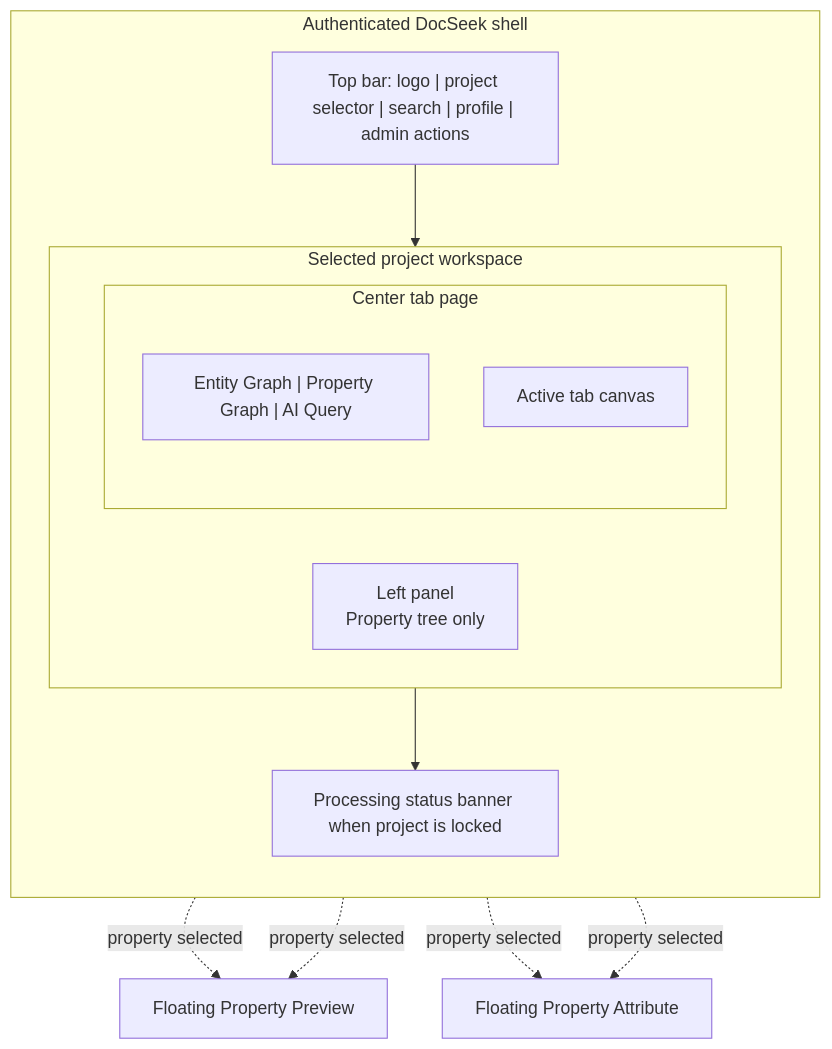
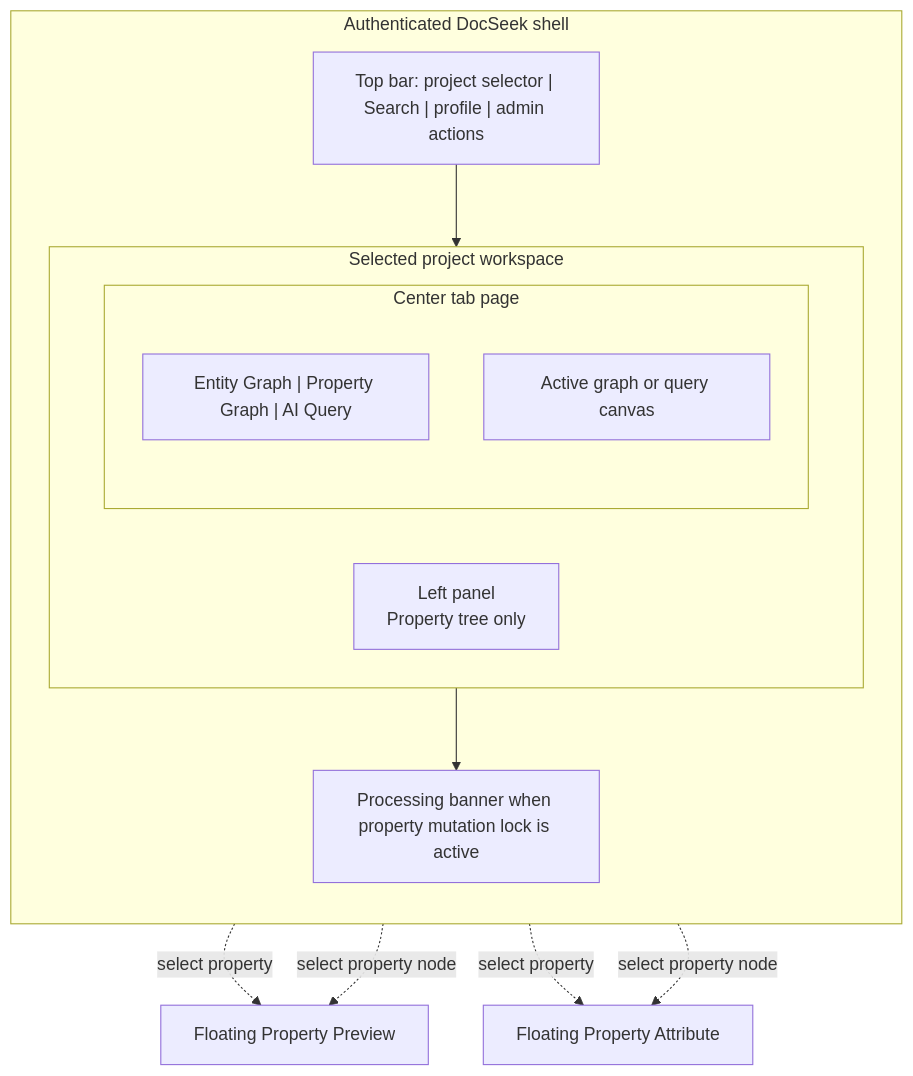
Before and after one commit to ATreep/DocSeek: the second of 19 diagrams in docs/superpowers/specs/2026-08-15-docseek-detailed-prd.md, drawn with Mermaid. The commit also changed other lines of this file and 1 other file, not shown here.

Commit message:
docs: revise DocSeek for Neo4j GraphRAG architecture

````diff
--- a/docs/superpowers/specs/2026-08-15-docseek-detailed-prd.md
+++ b/docs/superpowers/specs/2026-08-15-docseek-detailed-prd.md
@@ -122,23 +135,23 @@
 ```mermaid
 flowchart TB
-  subgraph APP_SHELL["Authenticated DocSeek shell"]
+  subgraph SHELL["Authenticated DocSeek shell"]
     direction TB
-    TOP_BAR["Top bar: logo | project selector | search | profile | admin actions"]
-    subgraph PROJECT_WORKSPACE["Selected project workspace"]
+    TOP["Top bar: project selector | Search | profile | admin actions"]
+    subgraph BODY["Selected project workspace"]
       direction LR
-      TREE_PANEL["Left panel<br/>Property tree only"]
-      subgraph CENTER_PAGE["Center tab page"]
+      TREE["Left panel<br/>Property tree only"]
+      subgraph CENTER["Center tab page"]
         direction TB
         TABS["Entity Graph | Property Graph | AI Query"]
-        ACTIVE_VIEW["Active tab canvas"]
+        CANVAS["Active graph or query canvas"]
       end
     end
-    STATUS_BANNER["Processing status banner when project is locked"]
+    STATUS["Processing banner when property mutation lock is active"]
   end
-  TOP_BAR --> PROJECT_WORKSPACE
-  PROJECT_WORKSPACE --> STATUS_BANNER
-  TREE_PANEL -. "property selected" .-> PREVIEW_FLOAT["Floating Property Preview"]
-  TREE_PANEL -. "property selected" .-> ATTRIBUTE_FLOAT["Floating Property Attribute"]
-  ACTIVE_VIEW -. "property selected" .-> PREVIEW_FLOAT
-  ACTIVE_VIEW -. "property selected" .-> ATTRIBUTE_FLOAT
+  TOP --> BODY
+  BODY --> STATUS
+  TREE -. "select property" .-> PREVIEW["Floating Property Preview"]
+  TREE -. "select property" .-> ATTRIBUTE["Floating Property Attribute"]
+  CANVAS -. "select property node" .-> PREVIEW
+  CANVAS -. "select property node" .-> ATTRIBUTE
 ```
````
